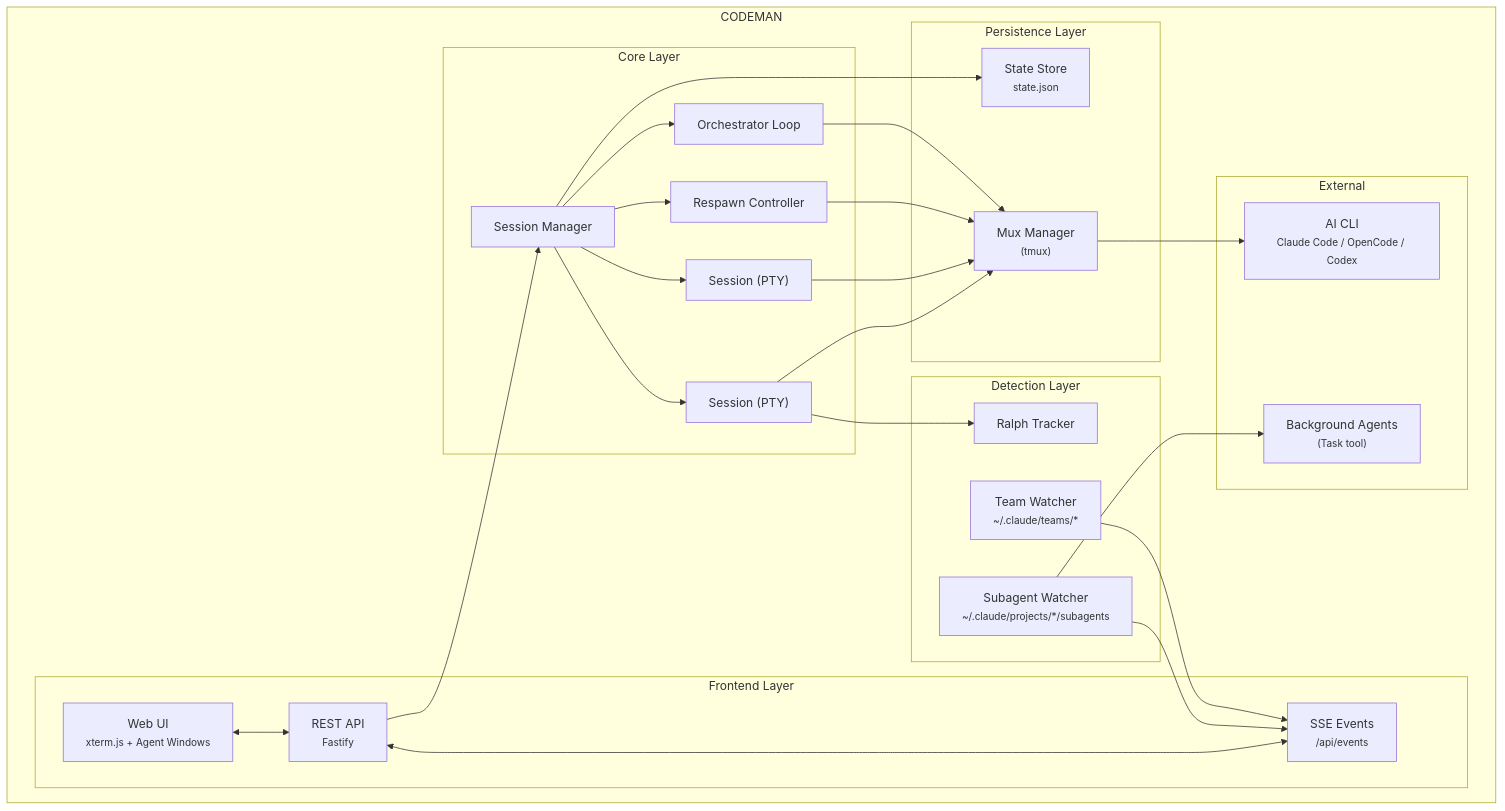
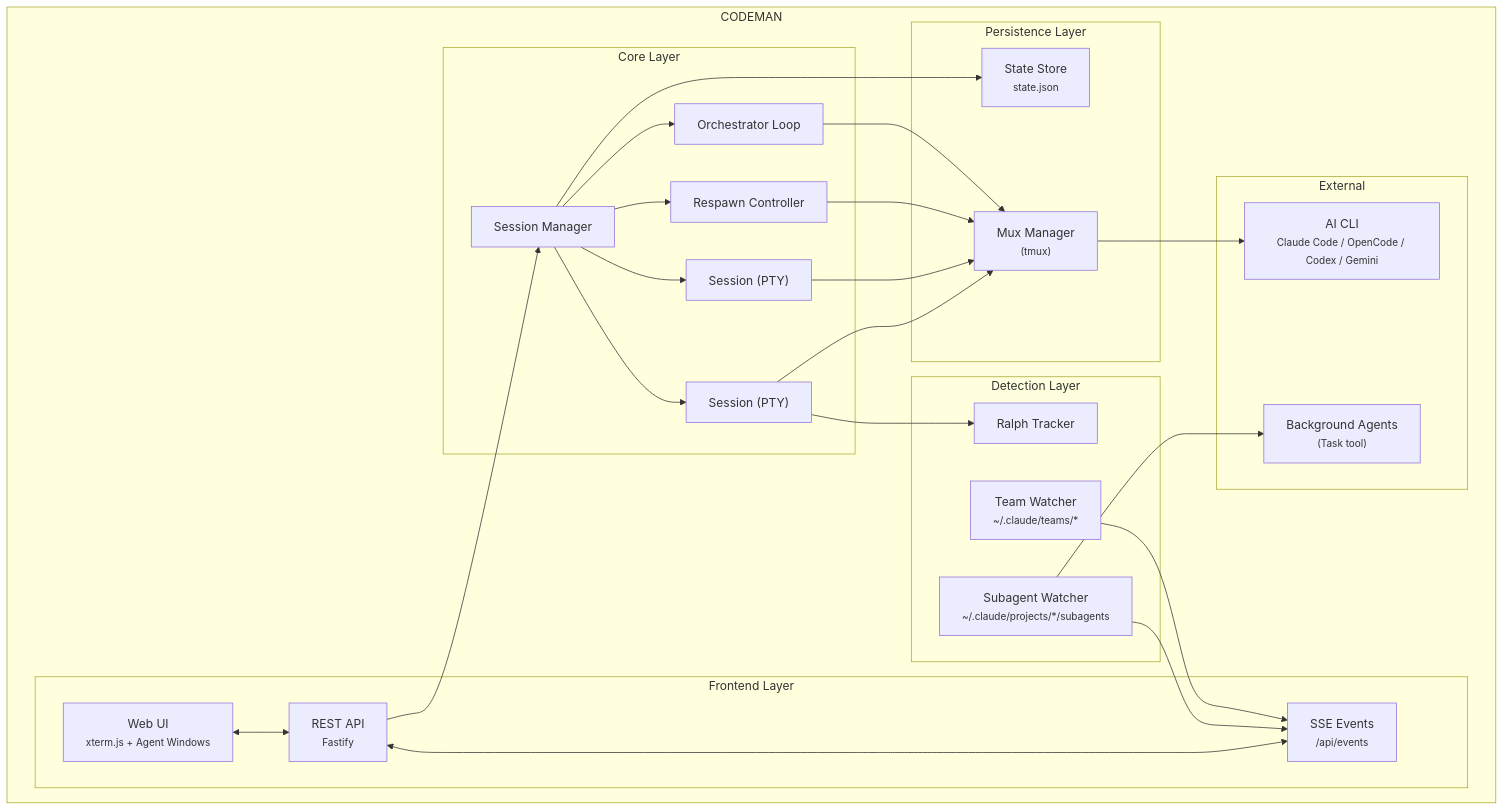
Before and after one commit to Ark0N/Claudeman: the diagram in README.md, drawn with Mermaid. The commit also changed other lines of this file and 2 other files, not shown here.

First line of the commit message:
docs: sync CLAUDE.md and READMEs with the 1.4.1 feature set

````diff
--- a/README.md
+++ b/README.md
@@ -745,52 +747,52 @@
 ```mermaid
 flowchart TB
     subgraph Codeman["CODEMAN"]
         subgraph Frontend["Frontend Layer"]
             UI["Web UI<br/><small>xterm.js + Agent Windows</small>"]
             API["REST API<br/><small>Fastify</small>"]
             SSE["SSE Events<br/><small>/api/events</small>"]
         end
 
         subgraph Core["Core Layer"]
             SM["Session Manager"]
             S1["Session (PTY)"]
             S2["Session (PTY)"]
             RC["Respawn Controller"]
             ORC["Orchestrator Loop"]
         end
 
         subgraph Detection["Detection Layer"]
             RT["Ralph Tracker"]
             SW["Subagent Watcher<br/><small>~/.claude/projects/*/subagents</small>"]
             TW["Team Watcher<br/><small>~/.claude/teams/*</small>"]
         end
 
         subgraph Persistence["Persistence Layer"]
             SCR["Mux Manager<br/><small>(tmux)</small>"]
             SS["State Store<br/><small>state.json</small>"]
         end
 
         subgraph External["External"]
-            CLI["AI CLI<br/><small>Claude Code / OpenCode / Codex</small>"]
+            CLI["AI CLI<br/><small>Claude Code / OpenCode / Codex / Gemini</small>"]
             BG["Background Agents<br/><small>(Task tool)</small>"]
         end
     end
 
     UI <--> API
     API <--> SSE
     API --> SM
     SM --> S1
     SM --> S2
     SM --> RC
     SM --> ORC
     SM --> SS
     S1 --> RT
     S1 --> SCR
     S2 --> SCR
     RC --> SCR
     ORC --> SCR
     SCR --> CLI
     SW --> BG
     SW --> SSE
     TW --> SSE
 ```
````
